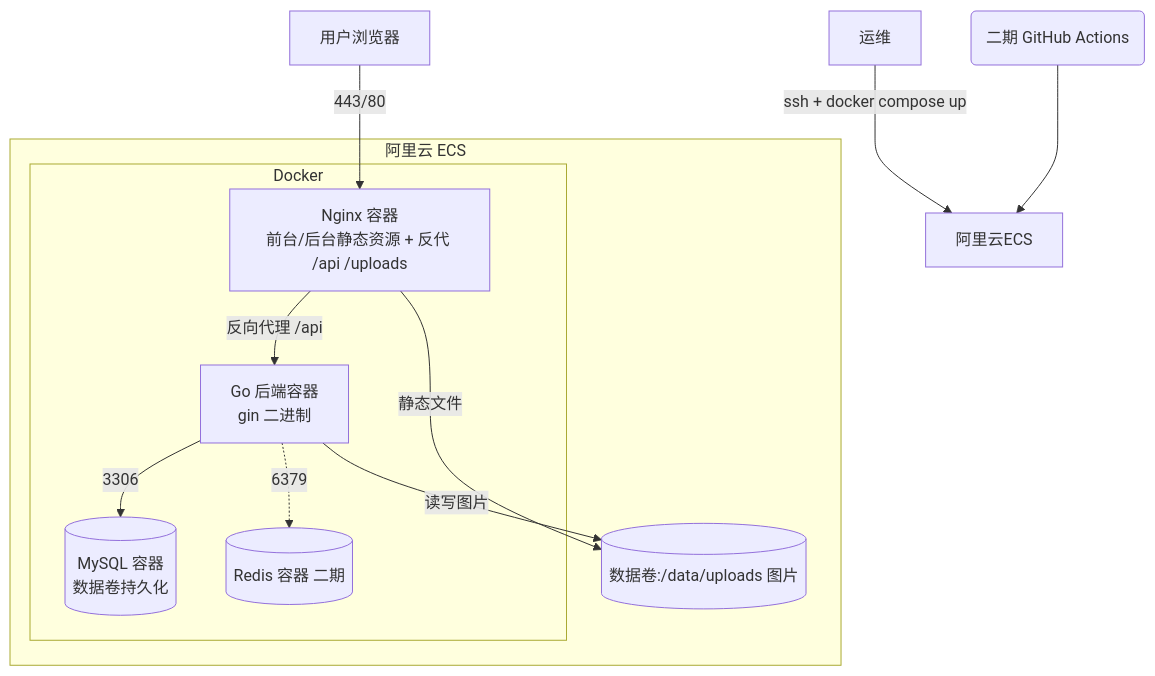
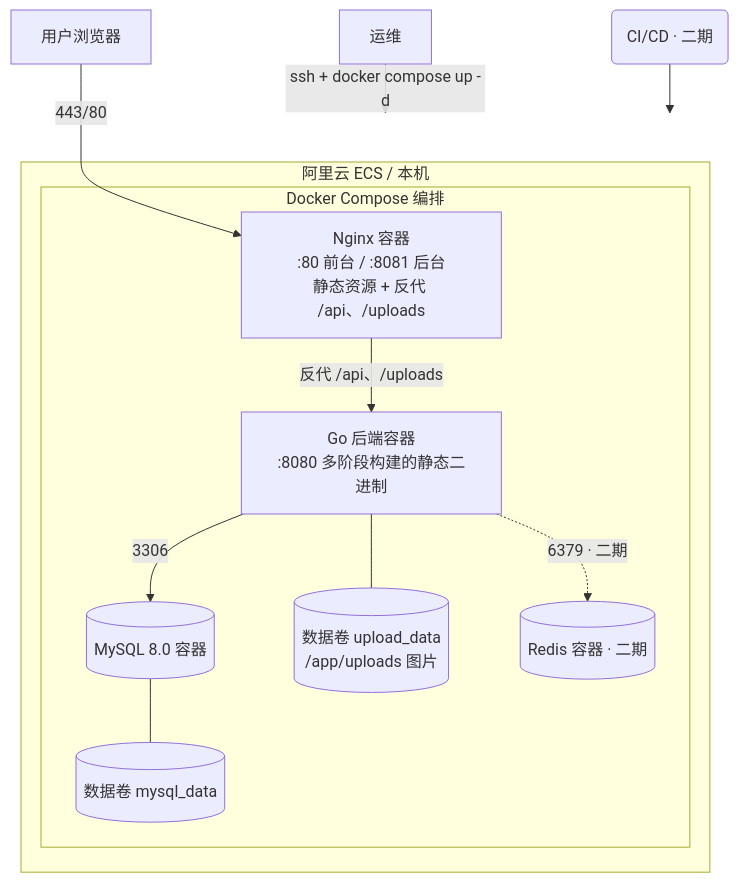
The ninth of 9 diagrams in docs/04-UML设计.md (whale-xiao/DUTProjectExpo), drawn with Mermaid before and after one commit. The commit also changed other lines of this file and 4 other files, not shown here.

First line of the commit message:
docs: 补 Docker 一键部署章节，部署图与实现对齐

````diff
--- a/docs/04-UML设计.md
+++ b/docs/04-UML设计.md
@@ -334,22 +334,23 @@
 ```mermaid
 flowchart TB
-    subgraph 阿里云 ECS
-        subgraph Docker
-            N[Nginx 容器<br/>前台/后台静态资源 + 反代 /api /uploads]
-            B[Go 后端容器<br/>gin 二进制]
-            M[(MySQL 容器<br/>数据卷持久化)]
-            R[(Redis 容器 二期)]
+    subgraph ECS[阿里云 ECS / 本机]
+        subgraph Docker[Docker Compose 编排]
+            N[Nginx 容器<br/>:80 前台 / :8081 后台<br/>静态资源 + 反代 /api、/uploads]
+            B[Go 后端容器<br/>:8080 多阶段构建的静态二进制]
+            M[(MySQL 8.0 容器)]
+            V1[(数据卷 mysql_data)]
+            V2[(数据卷 upload_data<br/>/app/uploads 图片)]
+            R[(Redis 容器 · 二期)]
         end
-        ST[(数据卷:/data/uploads 图片)]
     end
 
     用户浏览器 -->|443/80| N
-    N -->|反向代理 /api| B
-    N -->|静态文件| ST
+    N -->|反代 /api、/uploads| B
     B -->|3306| M
-    B -.->|6379| R
-    B -->|读写图片| ST
+    M --- V1
+    B --- V2
+    B -.->|6379 · 二期| R
 
-    运维 -->|ssh + docker compose up| 阿里云ECS
-    CI/CD(二期 GitHub Actions) --> 阿里云ECS
+    运维 -->|ssh + docker compose up -d| ECS
+    CICD(CI/CD · 二期) --> ECS
 ```
````
